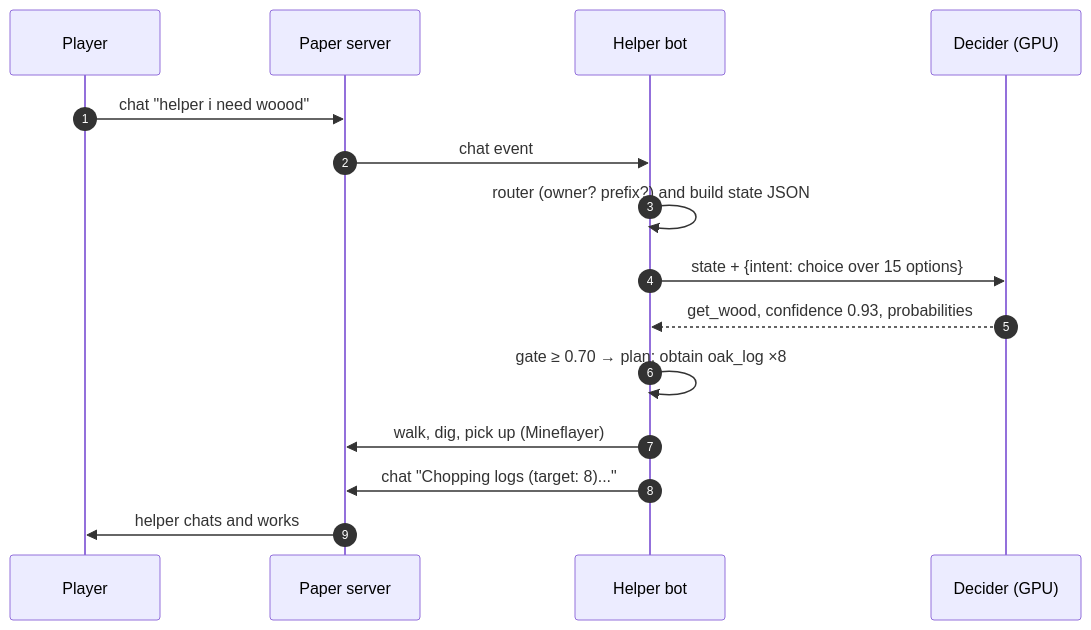
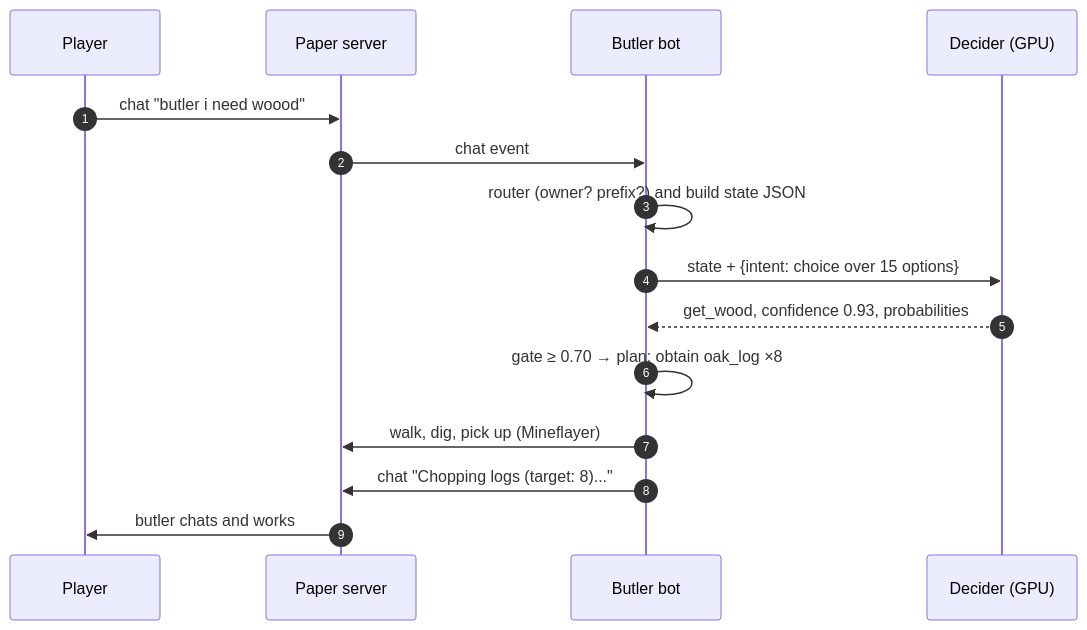
The first of 4 diagrams in README.md (thechaitanyaanand/Minecraft-Helper), drawn with Mermaid before and after one commit. The commit also changed other lines of this file and 56 other files, not shown here.

````diff
--- a/README.md
+++ b/README.md
@@ -272,17 +272,17 @@
 ```mermaid
 sequenceDiagram
     autonumber
     participant P as Player
     participant S as Paper server
-    participant B as Helper bot
+    participant B as Butler bot
     participant D as Decider (GPU)
-    P->>S: chat "helper i need woood"
+    P->>S: chat "butler i need woood"
     S->>B: chat event
     B->>B: router (owner? prefix?) and build state JSON
     B->>D: state + {intent: choice over 15 options}
     D-->>B: get_wood, confidence 0.93, probabilities
     B->>B: gate ≥ 0.70 → plan: obtain oak_log ×8
     B->>S: walk, dig, pick up (Mineflayer)
     B->>S: chat "Chopping logs (target: 8)..."
-    S->>P: helper chats and works
+    S->>P: butler chats and works
 ```
````
